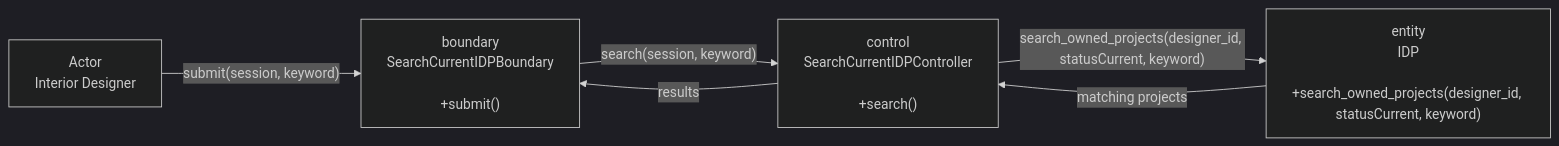
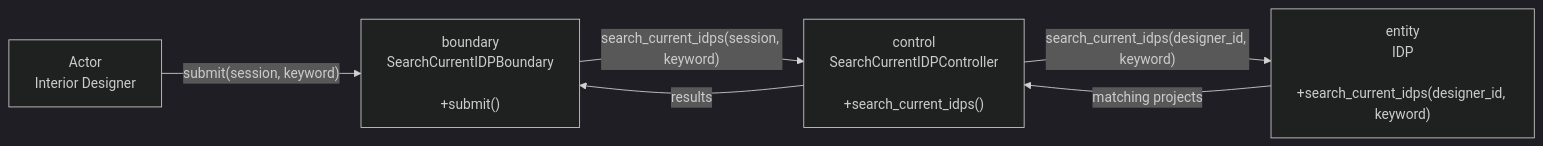
One commit to boyinapuddle/CSIT314-Chinese changed the first of 2 diagrams in diagrams/US24_Search_Current_IDPs/README.md. Above: the diagram before and after it, drawn with Mermaid (dark theme). The commit also changed other lines of this file and 140 other files, not shown here.

````diff
--- a/diagrams/US24_Search_Current_IDPs/README.md
+++ b/diagrams/US24_Search_Current_IDPs/README.md
@@ -5,12 +5,12 @@
 ```mermaid
 flowchart LR
     N0["Actor<br/>Interior Designer"]
     N1["boundary<br/>SearchCurrentIDPBoundary<br/><br/>+submit()"]
-    N2["control<br/>SearchCurrentIDPController<br/><br/>+search()"]
-    N3["entity<br/>IDP<br/><br/>+search_owned_projects(designer_id, statusCurrent, keyword)"]
+    N2["control<br/>SearchCurrentIDPController<br/><br/>+search_current_idps()"]
+    N3["entity<br/>IDP<br/><br/>+search_current_idps(designer_id, keyword)"]
     N0 -->|"submit(session, keyword)"| N1
-    N1 -->|"search(session, keyword)"| N2
-    N2 -->|"search_owned_projects(designer_id, statusCurrent, keyword)"| N3
+    N1 -->|"search_current_idps(session, keyword)"| N2
+    N2 -->|"search_current_idps(designer_id, keyword)"| N3
     N3 -->|"matching projects"| N2
     N2 -->|"results"| N1
 ```
````
